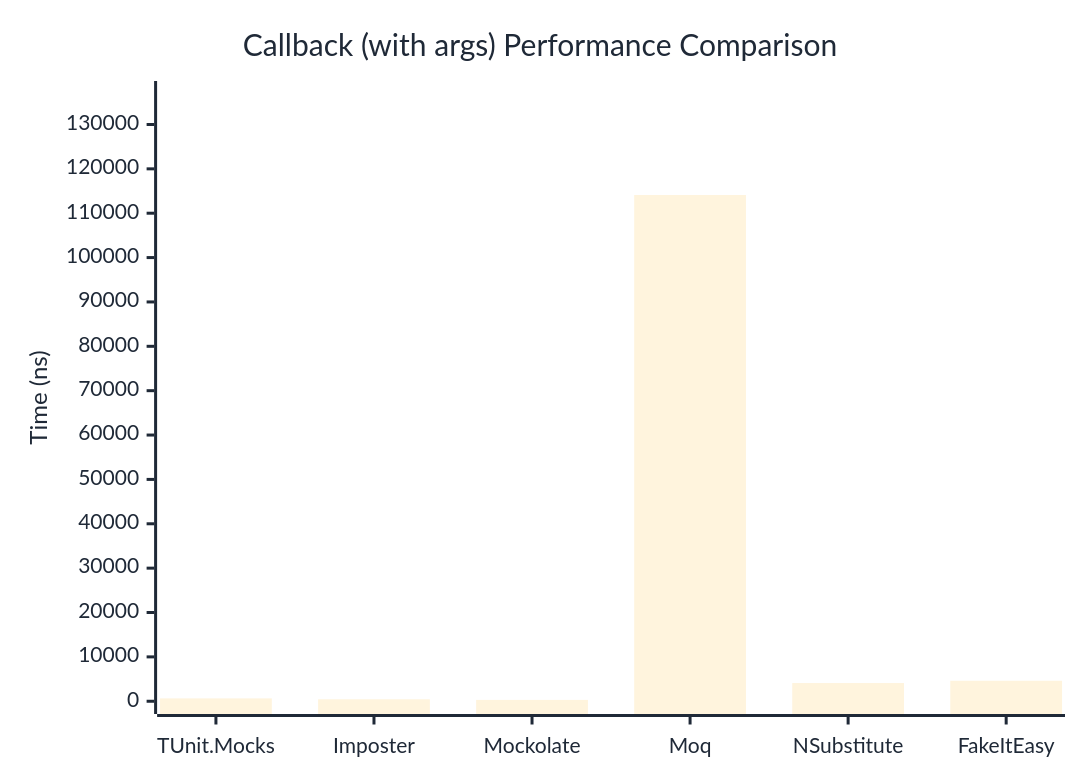
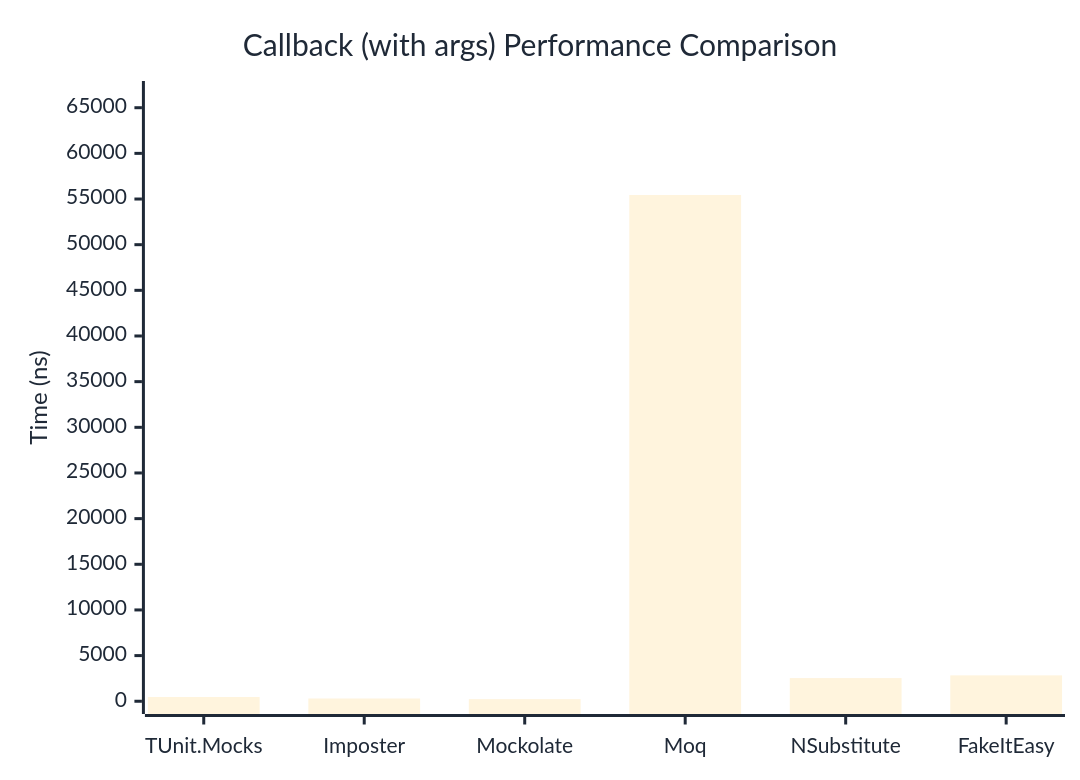
Before and after one commit to thomhurst/TUnit: the second of 2 diagrams in docs/docs/benchmarks/mocks/Callback.md, drawn with Mermaid. The commit also changed other lines of this file and 14 other files, not shown here.

````diff
--- a/docs/docs/benchmarks/mocks/Callback.md
+++ b/docs/docs/benchmarks/mocks/Callback.md
@@ -71,27 +71,27 @@
 ```mermaid
 %%{init: {
   'theme':'base',
   'themeVariables': {
     'primaryColor': '#2563eb',
     'primaryTextColor': '#1f2937',
     'primaryBorderColor': '#1e40af',
     'lineColor': '#6b7280',
     'secondaryColor': '#7c3aed',
     'tertiaryColor': '#dc2626',
     'background': '#ffffff',
     'pie1': '#2563eb',
     'pie2': '#7c3aed',
     'pie3': '#dc2626',
     'pie4': '#f59e0b',
     'pie5': '#10b981',
     'pie6': '#06b6d4',
     'pie7': '#ec4899',
     'pie8': '#6366f1'
   }
 }}%%
 xychart-beta
   title "Callback (with args) Performance Comparison"
   x-axis ["TUnit.Mocks", "Imposter", "Mockolate", "Moq", "NSubstitute", "FakeItEasy"]
-  y-axis "Time (ns)" 0 --> 136925
-  bar [646.8, 443, 305.1, 114103.6, 4105.2, 4619.6]
+  y-axis "Time (ns)" 0 --> 66529
+  bar [461.9, 301.8, 233, 55440.5, 2536.8, 2835.1]
 ```
````
